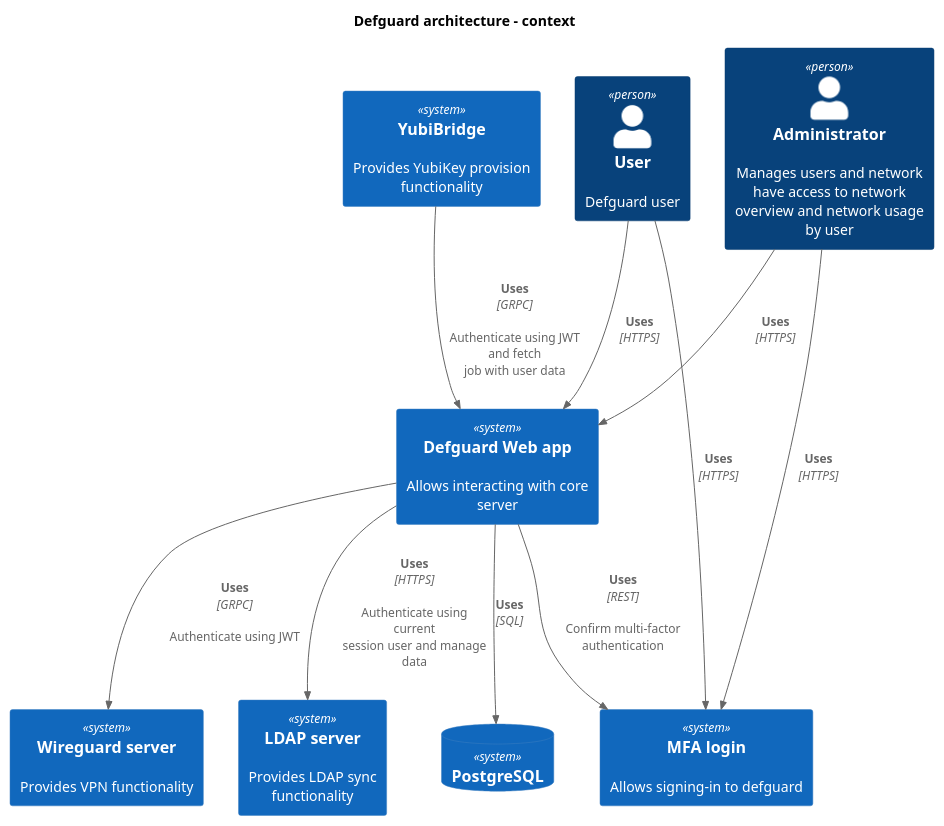
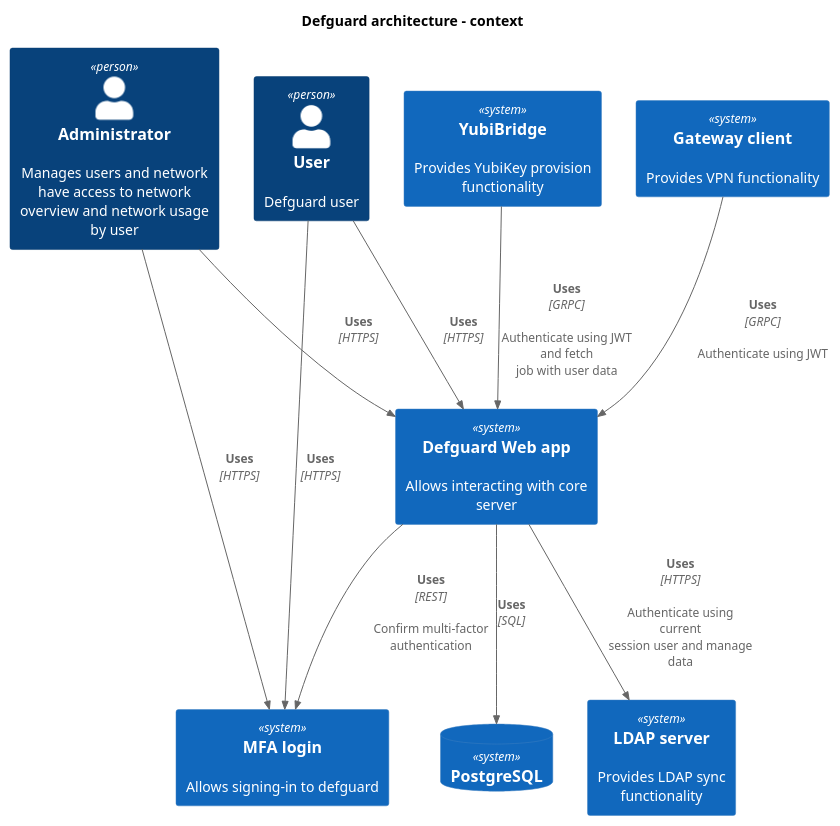
The diagram in in-depth/puml/architecture-context.puml (DefGuard/docs), drawn with PlantUML before and after one commit. The commit also changed 1 other file, not shown here.

Commit message:
fix: containers and context architecture

```diff
--- a/in-depth/puml/architecture-context.puml
+++ b/in-depth/puml/architecture-context.puml
@@ -1,22 +1,22 @@
 @startuml
 title Defguard architecture - context
 !include https://raw.githubusercontent.com/plantuml-stdlib/C4-PlantUML/master/C4_Container.puml
 Person(user, "User", "Defguard user")
 Person(admin, "Administrator", "Manages users and network have access to network overview and network usage by user")
 System(web, "Defguard Web app", "Allows interacting with core server")
 System(mfa, "MFA login", "Allows signing-in to defguard")
-System(wireguard, "Wireguard server", "Provides VPN functionality")
+System(wireguard, "Gateway client", "Provides VPN functionality")
 System(ldap, "LDAP server", "Provides LDAP sync functionality")
 System(yubibridge, "YubiBridge", "Provides YubiKey provision functionality")
 SystemDb(database, "PostgreSQL")
 
 Rel(admin, web, "Uses", "HTTPS", $tags="firewall")
 Rel(admin, mfa, "Uses", "HTTPS", $tags="firewall")
 Rel(user, web, "Uses", "HTTPS", $tags="firewall")
 Rel(user, mfa, "Uses", "HTTPS", $tags="firewall")
 Rel(web, ldap, "Uses", "HTTPS", "Authenticate using current session user and manage data")
-Rel(web, wireguard, "Uses", "GRPC", "Authenticate using JWT")
+Rel(wireguard, web, "Uses", "GRPC", "Authenticate using JWT")
 Rel(web, mfa, "Uses", "REST", "Confirm multi-factor authentication")
 Rel(web, database, "Uses", "SQL")
 Rel(yubibridge, web, "Uses", "GRPC", "Authenticate using JWT and fetch job with user data")
 @enduml
```
